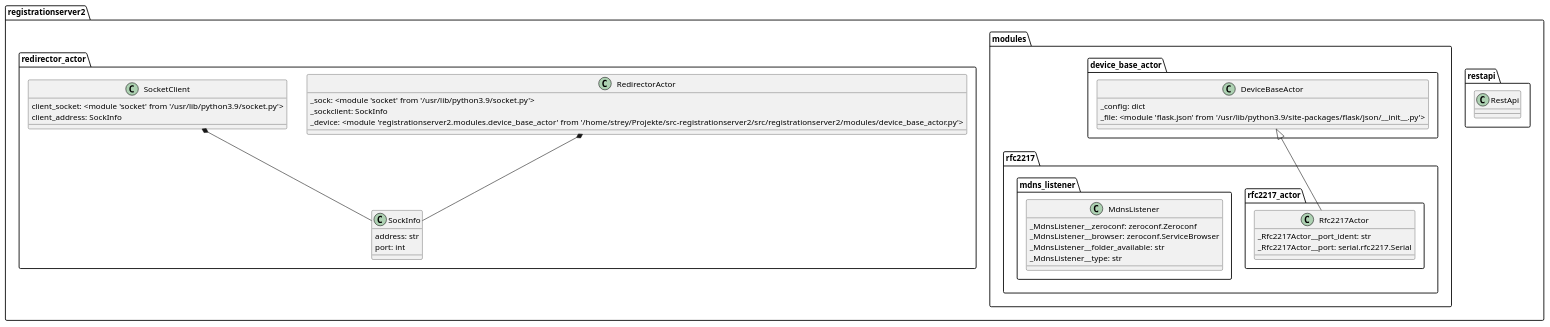
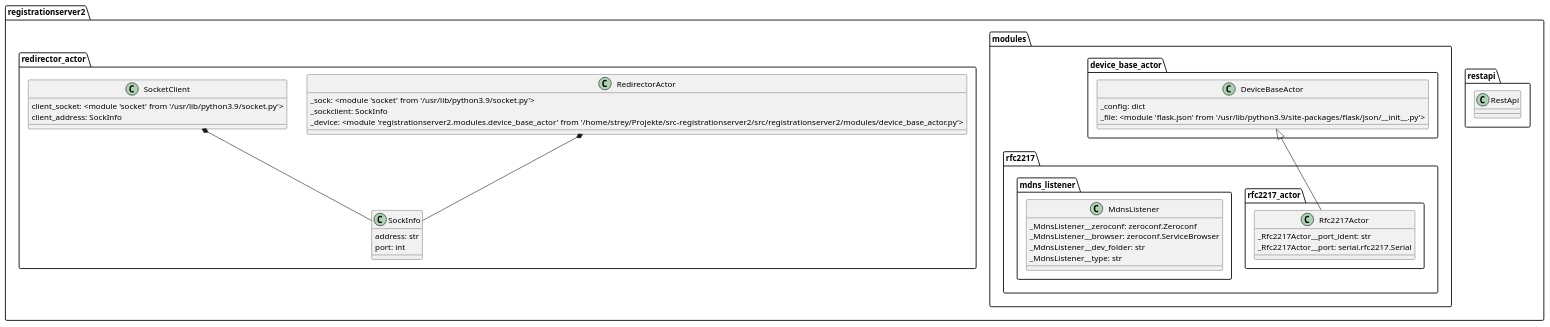
One commit to SARAD-GmbH/RegServer changed the diagram in doc/source/uml-rs2_classes.puml. Above: the diagram before and after it, drawn with PlantUML. The commit also changed 15 other files, not shown here.

```diff
--- a/doc/source/uml-rs2_classes.puml
+++ b/doc/source/uml-rs2_classes.puml
@@ -1,34 +1,34 @@
 @startuml
 class registrationserver2.restapi.RestApi {
 }
 class registrationserver2.modules.device_base_actor.DeviceBaseActor {
   _config: dict
   _file: <module 'flask.json' from '/usr/lib/python3.9/site-packages/flask/json/__init__.py'>
 }
 class registrationserver2.modules.rfc2217.rfc2217_actor.Rfc2217Actor {
   _Rfc2217Actor__port_ident: str
   _Rfc2217Actor__port: serial.rfc2217.Serial
 }
 class registrationserver2.modules.rfc2217.mdns_listener.MdnsListener {
   _MdnsListener__zeroconf: zeroconf.Zeroconf
   _MdnsListener__browser: zeroconf.ServiceBrowser
-  _MdnsListener__folder_available: str
+  _MdnsListener__dev_folder: str
   _MdnsListener__type: str
 }
 class registrationserver2.redirector_actor.RedirectorActor {
   _sock: <module 'socket' from '/usr/lib/python3.9/socket.py'>
   _sockclient: SockInfo
   _device: <module 'registrationserver2.modules.device_base_actor' from '/home/strey/Projekte/src-registrationserver2/src/registrationserver2/modules/device_base_actor.py'>
 }
 class registrationserver2.redirector_actor.SockInfo {
   address: str
   port: int
 }
 class registrationserver2.redirector_actor.SocketClient {
   client_socket: <module 'socket' from '/usr/lib/python3.9/socket.py'>
   client_address: SockInfo
 }
 registrationserver2.modules.device_base_actor.DeviceBaseActor <|-- registrationserver2.modules.rfc2217.rfc2217_actor.Rfc2217Actor
 registrationserver2.redirector_actor.RedirectorActor *-- registrationserver2.redirector_actor.SockInfo
 registrationserver2.redirector_actor.SocketClient *-- registrationserver2.redirector_actor.SockInfo
 @enduml
```
